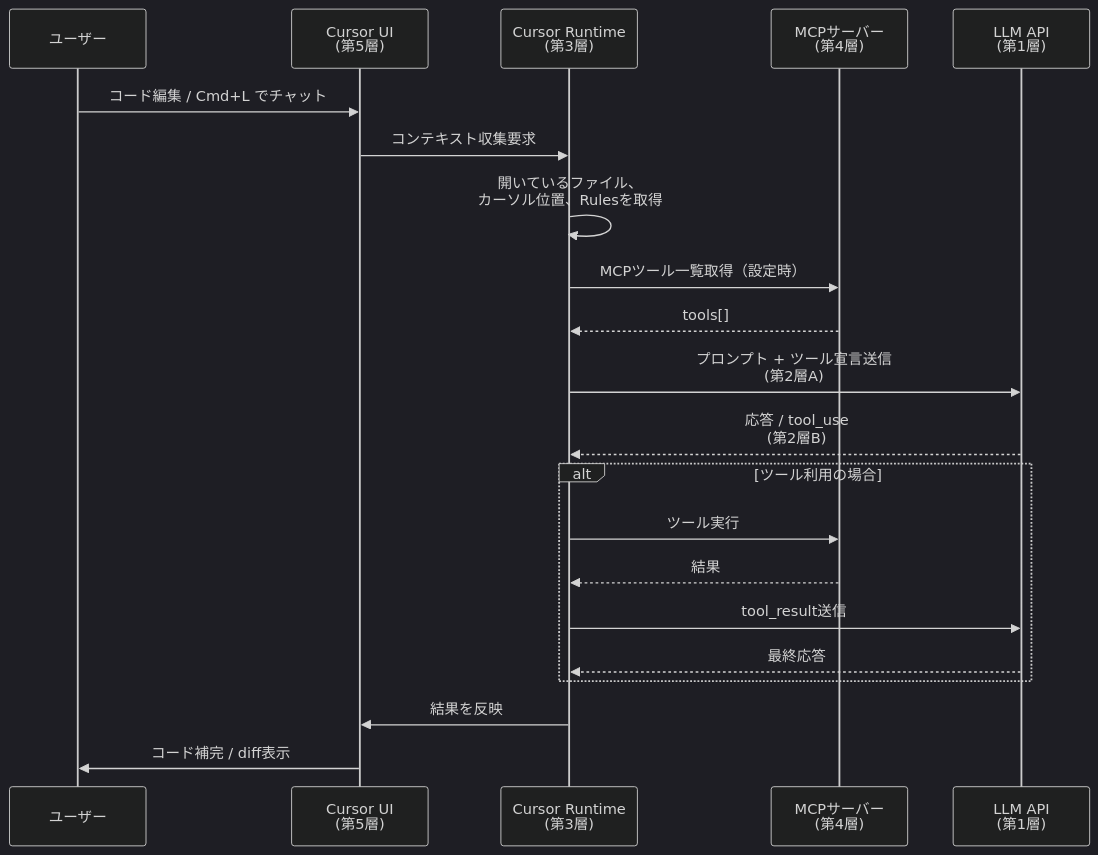
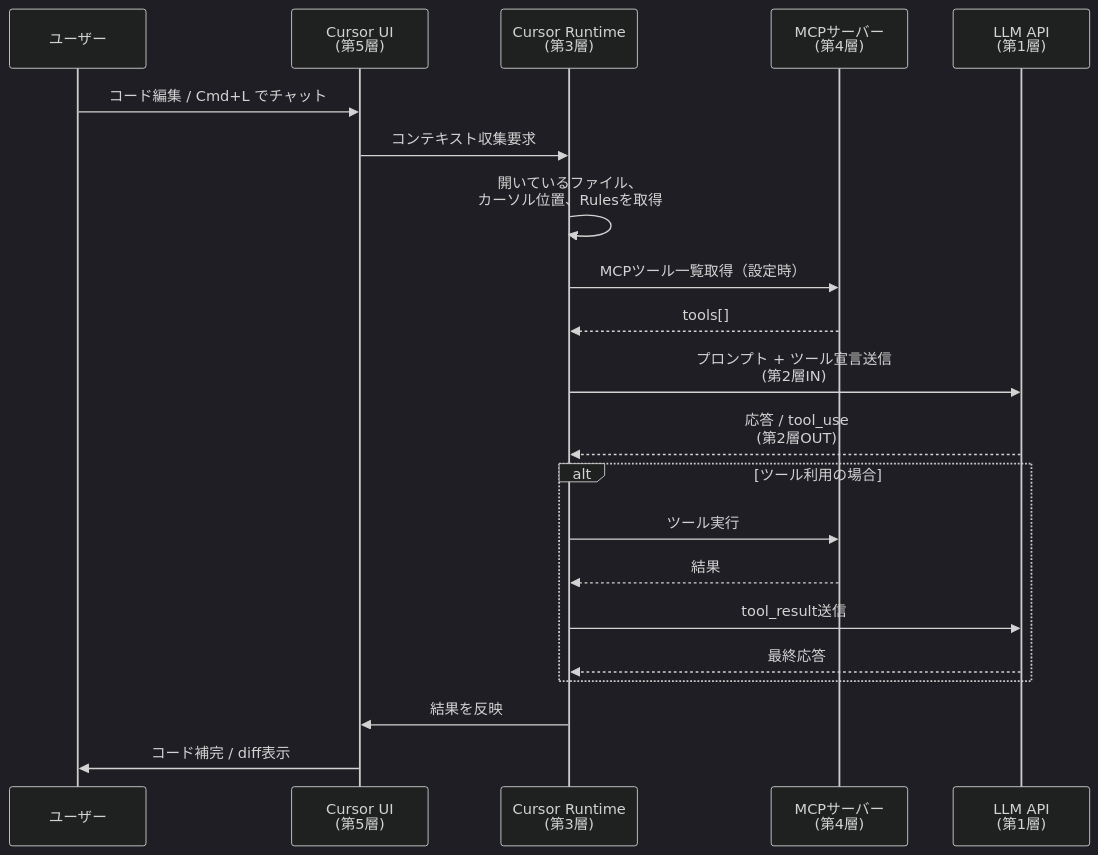
The second of 7 diagrams in books/ai-agent-layered-map/07-2-ide-ai.md (fsitlab/zenn), drawn with Mermaid (dark theme) before and after one commit. The commit also changed other lines of this file and 12 other files, not shown here.

````diff
--- a/books/ai-agent-layered-map/07-2-ide-ai.md
+++ b/books/ai-agent-layered-map/07-2-ide-ai.md
@@ -143,26 +143,26 @@
 ```mermaid
 sequenceDiagram
     participant User as ユーザー
     participant UI as Cursor UI<br>(第5層)
     participant Runtime as Cursor Runtime<br>(第3層)
     participant MCP as MCPサーバー<br>(第4層)
     participant LLM as LLM API<br>(第1層)
 
     User->>UI: コード編集 / Cmd+L でチャット
     UI->>Runtime: コンテキスト収集要求
     Runtime->>Runtime: 開いているファイル、<br>カーソル位置、Rulesを取得
     Runtime->>MCP: MCPツール一覧取得（設定時）
     MCP-->>Runtime: tools[]
-    Runtime->>LLM: プロンプト + ツール宣言送信<br>(第2層A)
-    LLM-->>Runtime: 応答 / tool_use<br>(第2層B)
+    Runtime->>LLM: プロンプト + ツール宣言送信<br>(第2層IN)
+    LLM-->>Runtime: 応答 / tool_use<br>(第2層OUT)
 
     alt ツール利用の場合
         Runtime->>MCP: ツール実行
         MCP-->>Runtime: 結果
         Runtime->>LLM: tool_result送信
         LLM-->>Runtime: 最終応答
     end
 
     Runtime->>UI: 結果を反映
     UI->>User: コード補完 / diff表示
 ```
````
